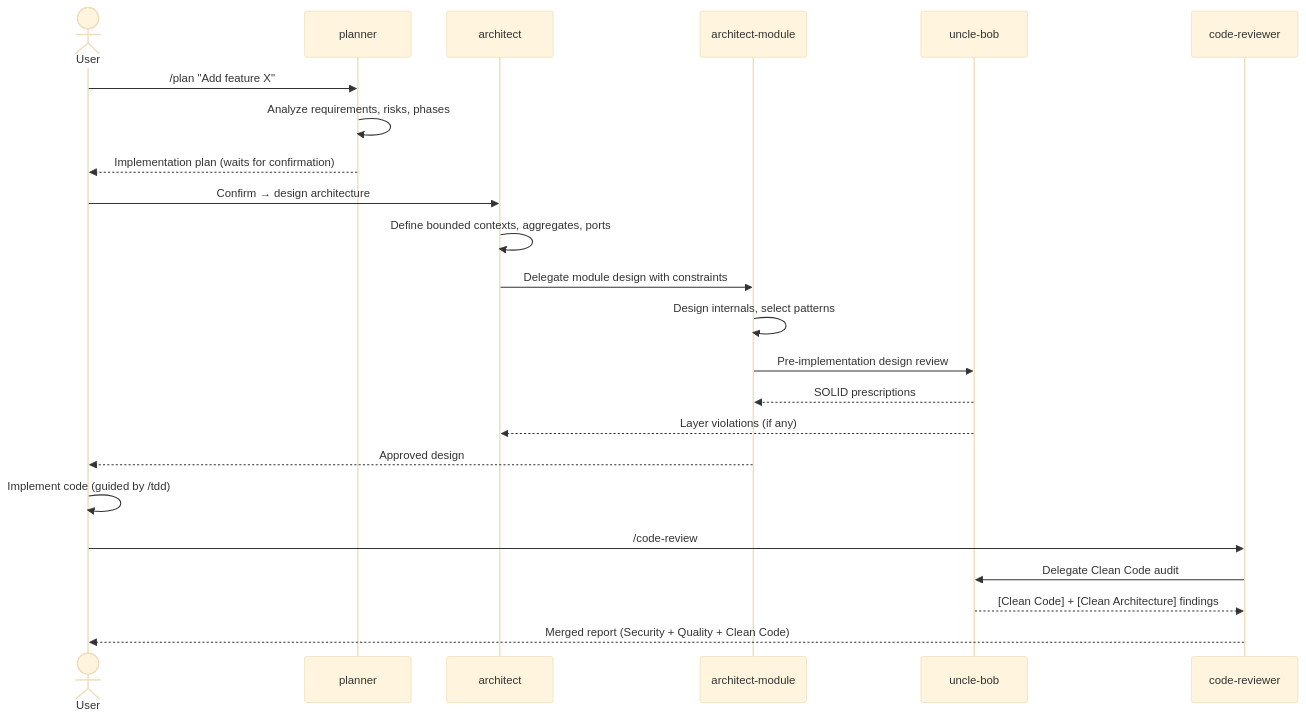
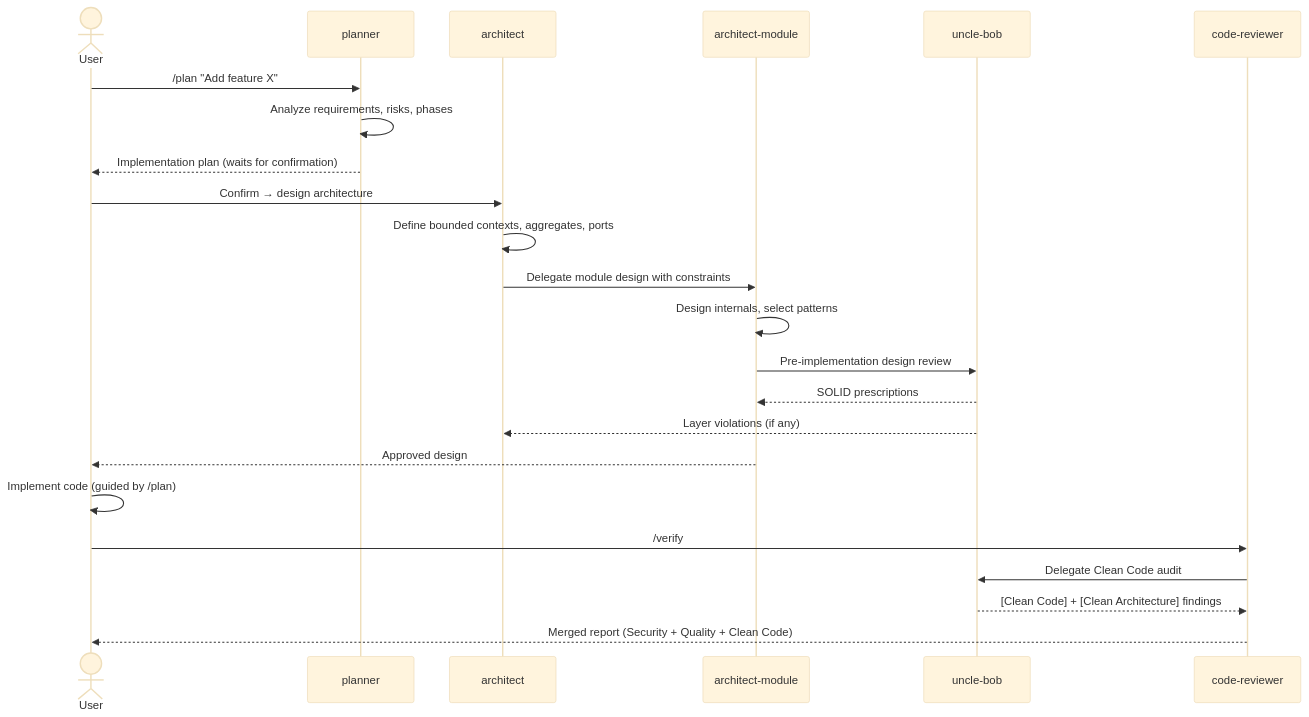
Before and after one commit to LEBOCQTitouan/everything-claude-code: the diagram in docs/diagrams/feature-development.md, drawn with Mermaid (base theme). The commit also changed other lines of this file and 4 other files, not shown here.

First line of the commit message:
docs: fix stale references in diagram source comments

````diff
--- a/docs/diagrams/feature-development.md
+++ b/docs/diagrams/feature-development.md
@@ -5,31 +5,31 @@
 ```mermaid
 sequenceDiagram
     actor User
     participant planner
     participant architect
     participant architect-module
     participant uncle-bob
     participant code-reviewer
 
     User->>planner: /plan "Add feature X"
     planner->>planner: Analyze requirements, risks, phases
     planner-->>User: Implementation plan (waits for confirmation)
 
     User->>architect: Confirm → design architecture
     architect->>architect: Define bounded contexts, aggregates, ports
     architect->>architect-module: Delegate module design with constraints
 
     architect-module->>architect-module: Design internals, select patterns
     architect-module->>uncle-bob: Pre-implementation design review
     uncle-bob-->>architect-module: SOLID prescriptions
     uncle-bob-->>architect: Layer violations (if any)
 
     architect-module-->>User: Approved design
 
-    User->>User: Implement code (guided by /tdd)
+    User->>User: Implement code (guided by /plan)
 
-    User->>code-reviewer: /code-review
+    User->>code-reviewer: /verify
     code-reviewer->>uncle-bob: Delegate Clean Code audit
     uncle-bob-->>code-reviewer: [Clean Code] + [Clean Architecture] findings
     code-reviewer-->>User: Merged report (Security + Quality + Clean Code)
 ```
````
